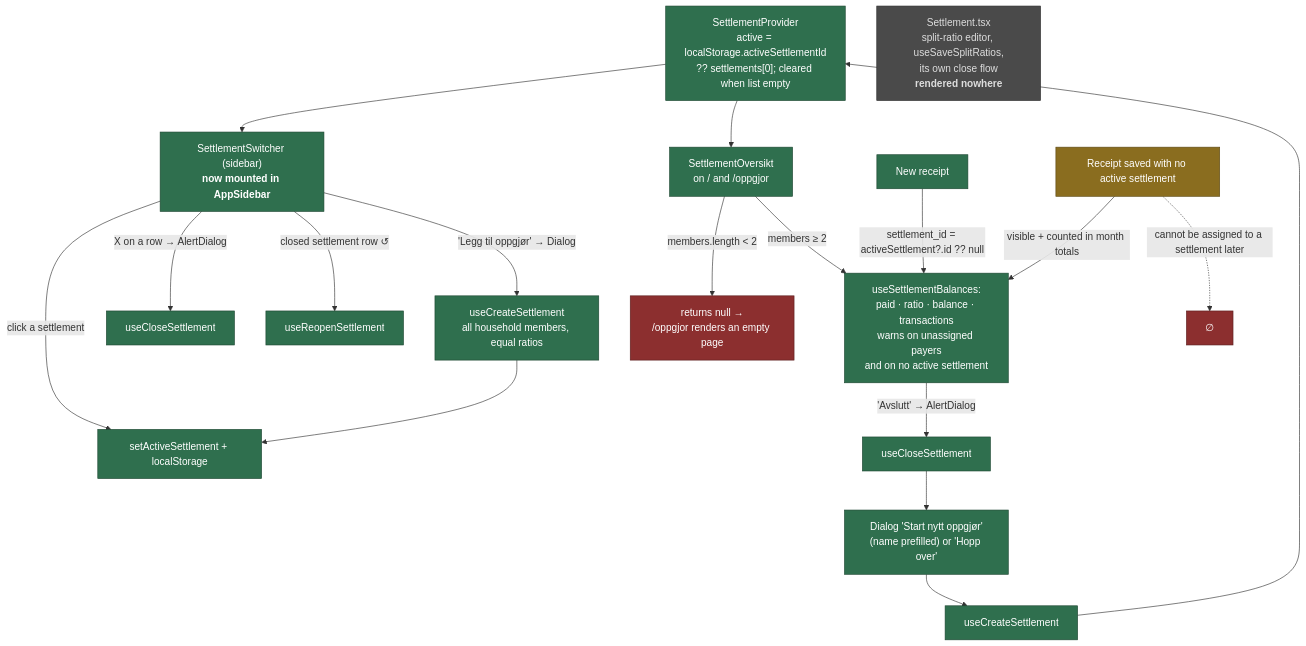
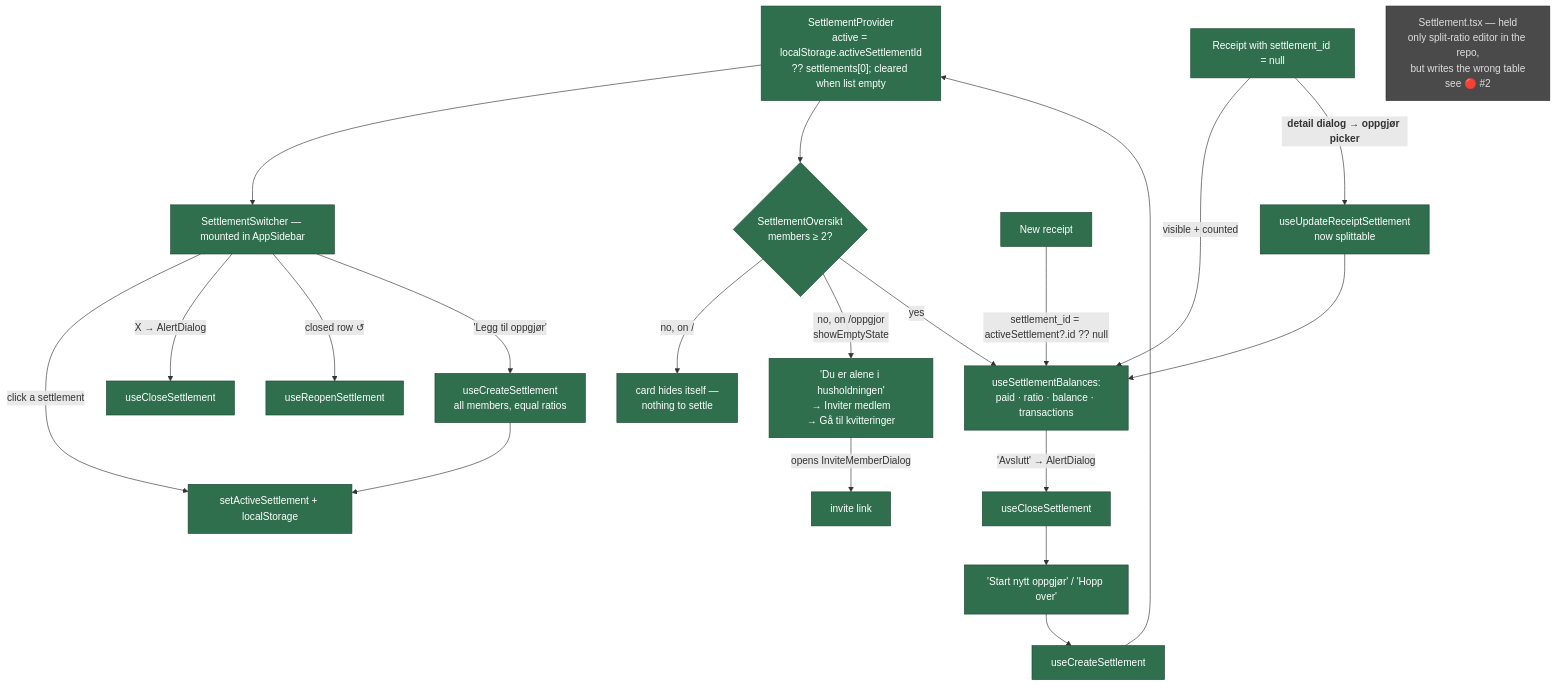
One commit to BalderYtterhus/budget-app changed the seventh of 8 diagrams in docs/user-flows.md. Above: the diagram before and after it, drawn with Mermaid. The commit also changed other lines of this file and 1 other file, not shown here.

First line of the commit message:
docs: regenerate the flow diagrams and log the session

````diff
--- a/docs/user-flows.md
+++ b/docs/user-flows.md
@@ -294,35 +256,35 @@
 ```mermaid
 flowchart TD
     classDef ok fill:#2f6f4e,stroke:#1d4732,color:#fff
-    classDef cond fill:#8a6d1f,stroke:#5c4813,color:#fff
-    classDef bad fill:#8c2f2f,stroke:#5c1f1f,color:#fff
     classDef orphan fill:#4a4a4a,stroke:#2e2e2e,color:#ddd
 
     CTX["SettlementProvider<br/>active = localStorage.activeSettlementId<br/>?? settlements[0]; cleared when list empty"]
 
-    CTX --> SWITCH["SettlementSwitcher (sidebar)<br/><b>now mounted in AppSidebar</b>"]
+    CTX --> SWITCH["SettlementSwitcher — mounted in AppSidebar"]
     SWITCH -->|"click a settlement"| SETACT["setActiveSettlement + localStorage"]
-    SWITCH -->|"X on a row → AlertDialog"| CLOSE1["useCloseSettlement"]
-    SWITCH -->|"closed settlement row ↺"| REOPEN["useReopenSettlement"]
-    SWITCH -->|"'Legg til oppgjør' → Dialog"| CREATE1["useCreateSettlement<br/>all household members, equal ratios"]
+    SWITCH -->|"X → AlertDialog"| CLOSE1["useCloseSettlement"]
+    SWITCH -->|"closed row ↺"| REOPEN["useReopenSettlement"]
+    SWITCH -->|"'Legg til oppgjør'"| CREATE1["useCreateSettlement<br/>all members, equal ratios"]
     CREATE1 --> SETACT
 
-    CTX --> OVER["SettlementOversikt<br/>on / and /oppgjor"]
-    OVER -->|"members.length < 2"| NULLR["returns null →<br/>/oppgjor renders an empty page"]
-    OVER -->|"members ≥ 2"| CARD["useSettlementBalances:<br/>paid · ratio · balance · transactions<br/>warns on unassigned payers<br/>and on no active settlement"]
+    CTX --> OVER{"SettlementOversikt<br/>members ≥ 2?"}
+    OVER -->|"no, on / "| HIDE["card hides itself —<br/>nothing to settle"]
+    OVER -->|"no, on /oppgjor<br/>showEmptyState"| EMPTY["'Du er alene i husholdningen'<br/>→ Inviter medlem<br/>→ Gå til kvitteringer"]
+    OVER -->|"yes"| CARD["useSettlementBalances:<br/>paid · ratio · balance · transactions"]
+    EMPTY -->|"opens InviteMemberDialog"| INVD["invite link"]
+
     CARD -->|"'Avslutt' → AlertDialog"| CLOSE2["useCloseSettlement"]
-    CLOSE2 --> NEWD["Dialog 'Start nytt oppgjør'<br/>(name prefilled) or 'Hopp over'"]
+    CLOSE2 --> NEWD["'Start nytt oppgjør' / 'Hopp over'"]
     NEWD --> CREATE2["useCreateSettlement"]
     CREATE2 --> CTX
 
-    SETTC["Settlement.tsx<br/>split-ratio editor, useSaveSplitRatios,<br/>its own close flow<br/><b>rendered nowhere</b>"]
+    RECEIPT["New receipt"] -->|"settlement_id = activeSettlement?.id ?? null"| CARD
+    ORPH["Receipt with settlement_id = null"] -->|"visible + counted"| CARD
+    ORPH -->|"<b>detail dialog → oppgjør picker</b>"| MOVED["useUpdateReceiptSettlement<br/>now splittable"]
+    MOVED --> CARD
 
-    RECEIPT["New receipt"] -->|"settlement_id = activeSettlement?.id ?? null"| CARD
-    ORPH["Receipt saved with no active settlement"] -->|"visible + counted in month totals"| CARD
-    ORPH -.->|"cannot be assigned to a settlement later"| NOFIX["∅"]
+    SETTC["Settlement.tsx — held<br/>only split-ratio editor in the repo,<br/>but writes the wrong table<br/>see 🔴 #2"]
 
-    class CTX,SWITCH,SETACT,CLOSE1,REOPEN,CREATE1,OVER,CARD,CLOSE2,NEWD,CREATE2,RECEIPT ok
-    class ORPH cond
-    class NULLR,NOFIX bad
+    class CTX,SWITCH,SETACT,CLOSE1,REOPEN,CREATE1,OVER,CARD,CLOSE2,NEWD,CREATE2,RECEIPT,ORPH,MOVED,EMPTY,HIDE,INVD ok
     class SETTC orphan
 ```
````
